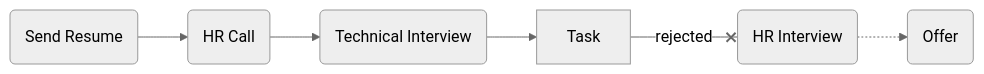
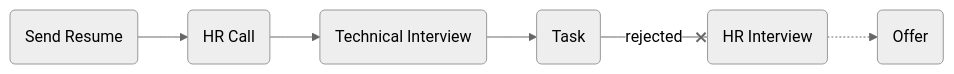
The diagram in src/netbox/netbox.md (mo1ein/jobname), drawn with Mermaid (neutral theme) before and after one commit.

Commit message:
fix: mermaid in zibal

````diff
--- a/src/netbox/netbox.md
+++ b/src/netbox/netbox.md
@@ -9,4 +9,4 @@
 ```mermaid
 flowchart LR
-    sr(Send Resume) --> hr(HR Call) --> ti(Technical Interview) --> Task --rejected--x hri(HR Interview) -.-> o(Offer)
+    sr(Send Resume) --> hr(HR Call) --> ti(Technical Interview) --> task(Task) --rejected--x hri(HR Interview) -.-> o(Offer)
 ```
````
